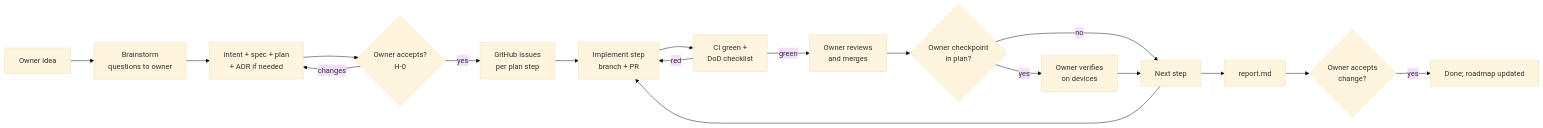
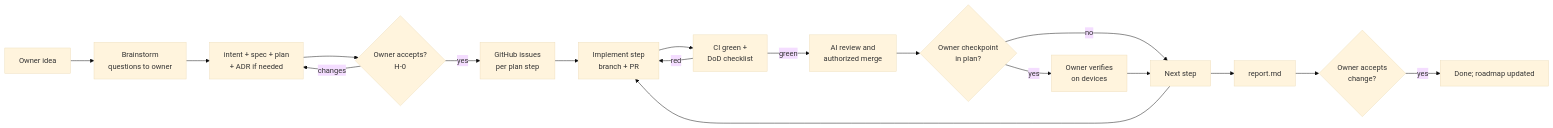
The diagram in docs/process/SDLC.md (itmax04/lingo), drawn with Mermaid (base theme) before and after one commit. The commit also changed other lines of this file and 15 other files, not shown here.

````diff
--- a/docs/process/SDLC.md
+++ b/docs/process/SDLC.md
@@ -33,20 +35,20 @@
 ```mermaid
 flowchart LR
   A[Owner idea] --> B[Brainstorm<br/>questions to owner]
   B --> C[intent + spec + plan<br/>+ ADR if needed]
   C --> D{Owner accepts?<br/>H-0}
   D -- changes --> C
   D -- yes --> E[GitHub issues<br/>per plan step]
   E --> F[Implement step<br/>branch + PR]
   F --> G[CI green +<br/>DoD checklist]
   G -- red --> F
-  G -- green --> H[Owner reviews<br/>and merges]
+  G -- green --> H[AI review and<br/>authorized merge]
   H --> I{Owner checkpoint<br/>in plan?}
   I -- yes --> J[Owner verifies<br/>on devices]
   I -- no --> K[Next step]
   J --> K
   K --> F
   K --> L[report.md]
   L --> M{Owner accepts<br/>change?}
   M -- yes --> N[Done; roadmap updated]
 ```
````
